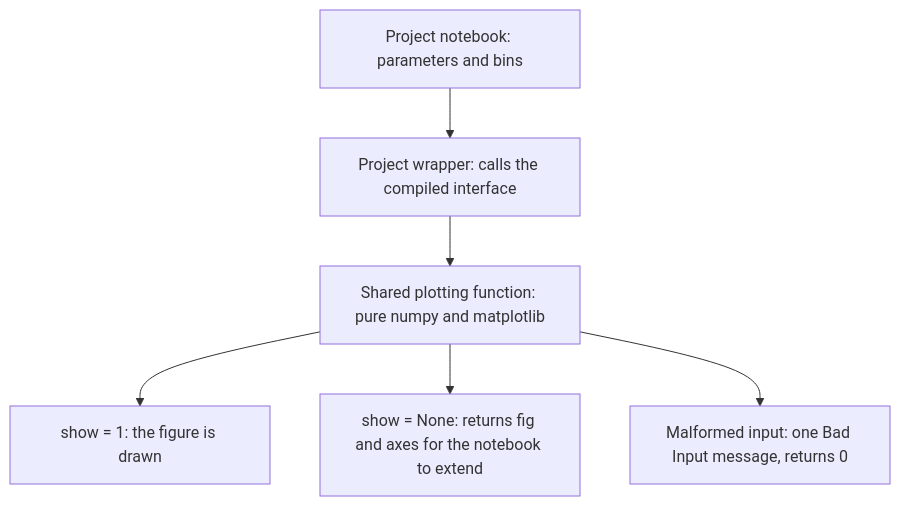
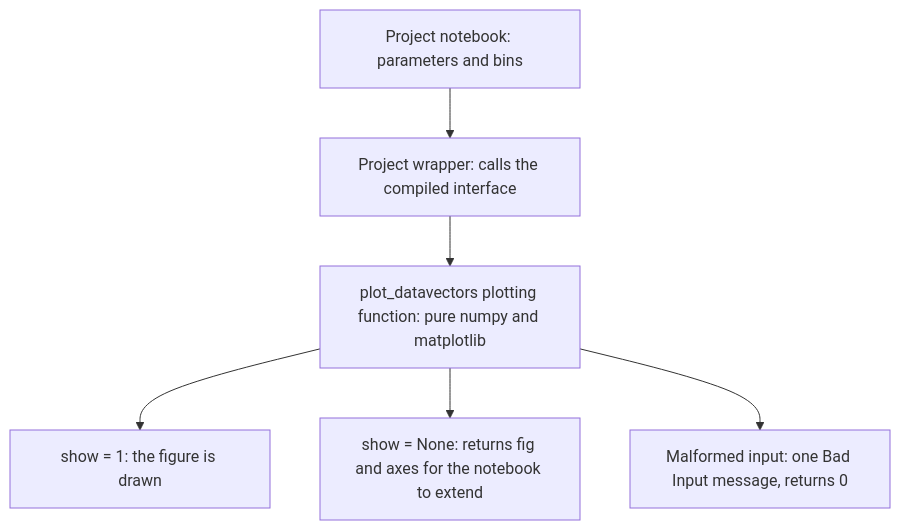
Before and after one commit to SBU-COSMOLIKE/cocoa-cosmolike-core: the first of 2 diagrams in cosmolike_notebook_utils/README.md, drawn with Mermaid. The commit also changed other lines of this file and 15 other files, not shown here.

````diff
--- a/cosmolike_notebook_utils/README.md
+++ b/cosmolike_notebook_utils/README.md
@@ -86,8 +89,8 @@
 ```mermaid
 flowchart TB
   A["Project notebook: parameters and bins"] --> B["Project wrapper: calls the compiled interface"]
-  B --> C["Shared plotting function: pure numpy and matplotlib"]
+  B --> C["plot_datavectors plotting function: pure numpy and matplotlib"]
   C --> D["show = 1: the figure is drawn"]
   C --> E["show = None: returns fig and axes for the notebook to extend"]
   C --> F["Malformed input: one Bad Input message, returns 0"]
 ```
````
